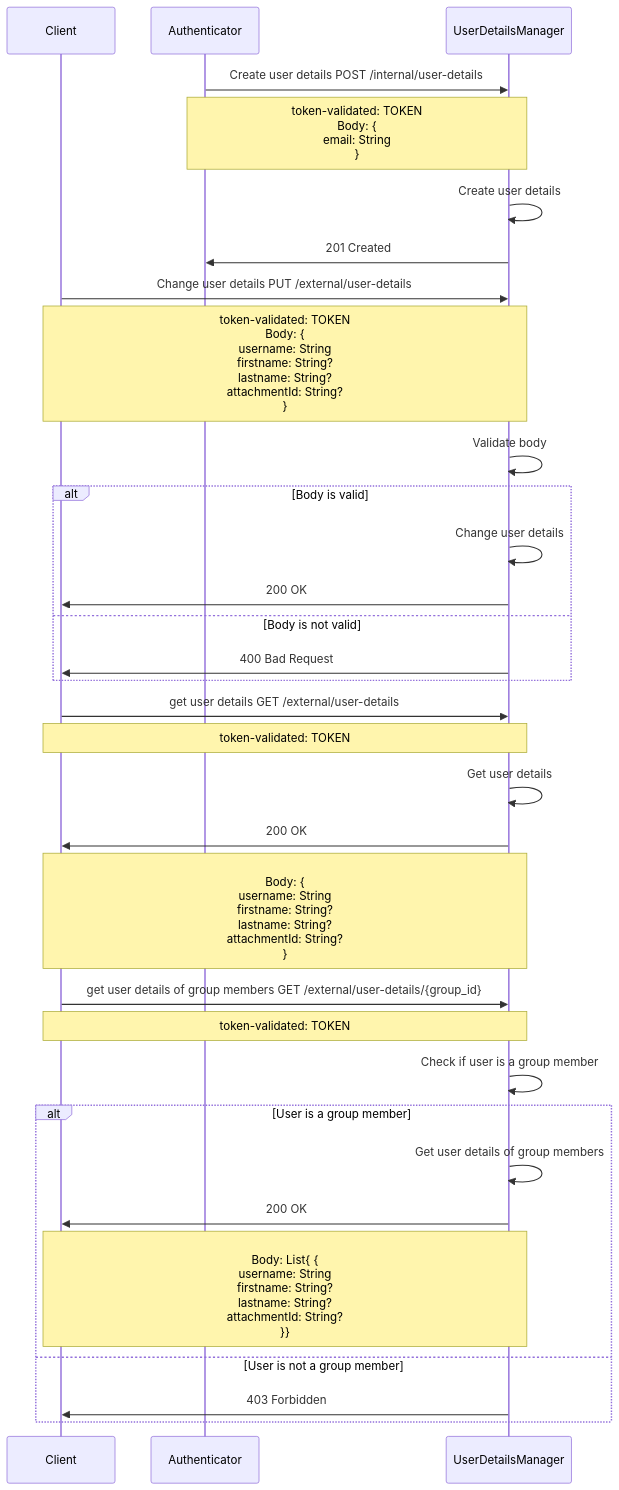
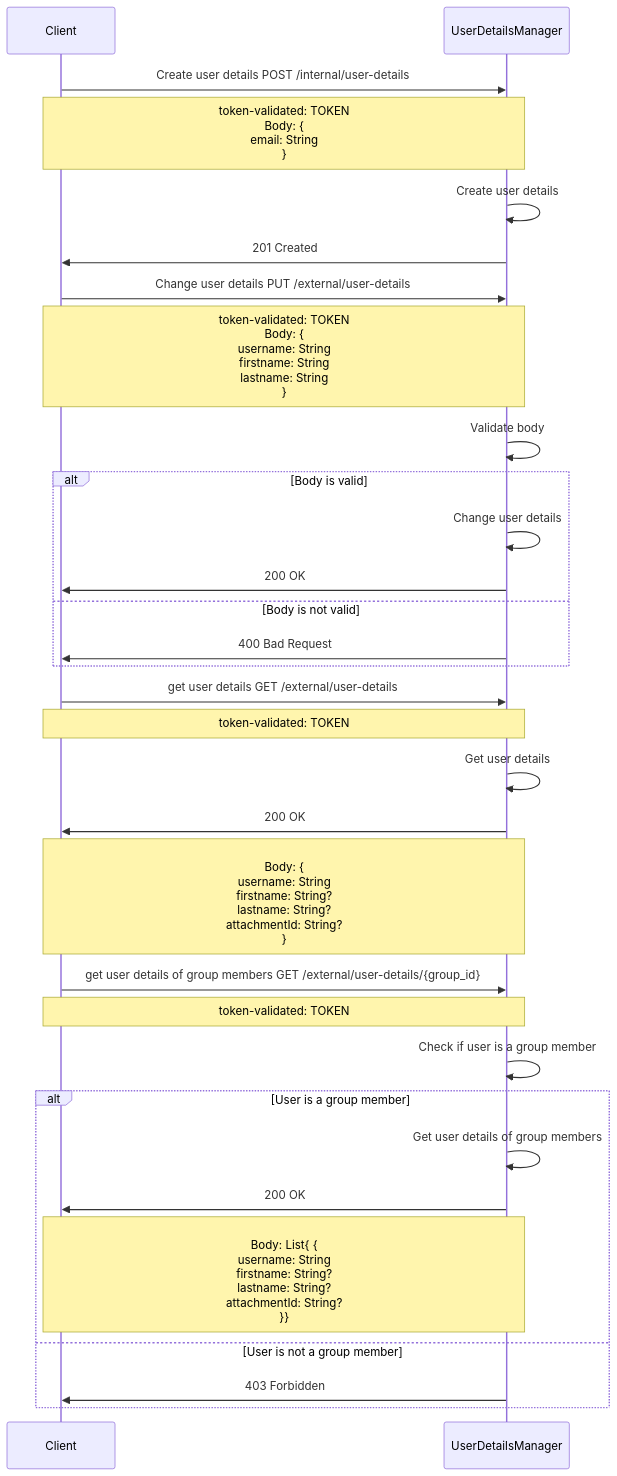
The fifth of 9 diagrams in docs/contracts.md (Group-Expense-Manager/gem-docs), drawn with Mermaid before and after one commit. The commit also changed other lines of this file and 2 other files, not shown here.

Commit message:
added Group Manager contract

````diff
--- a/docs/contracts.md
+++ b/docs/contracts.md
@@ -211,41 +212,40 @@
 ```mermaid
 sequenceDiagram
 
     participant Client
-    participant Authenticator
     participant UserDetailsManager
 
-    Authenticator->>UserDetailsManager: Create user details POST /internal/user-details
-    Note over Authenticator,UserDetailsManager: token-validated: TOKEN<br>Body: {<br>email: String <br>}
+    Client->>UserDetailsManager: Create user details POST /internal/user-details
+    Note over Client,UserDetailsManager: token-validated: TOKEN<br>Body: {<br>email: String <br>}
     UserDetailsManager->>UserDetailsManager: Create user details
-    UserDetailsManager->>Authenticator: 201 Created
+    UserDetailsManager->>Client: 201 Created
 
     Client->>UserDetailsManager: Change user details PUT /external/user-details
-    Note over Client,UserDetailsManager: token-validated: TOKEN<br> Body: {<br>username: String <br>firstname: String? <br>lastname: String? <br>attachmentId: String?<br>}
+    Note over Client,UserDetailsManager: token-validated: TOKEN<br> Body: {<br>username: String <br>firstname: String <br>lastname: String <br>}
     UserDetailsManager->>UserDetailsManager: Validate body
     alt Body is valid
         UserDetailsManager->>UserDetailsManager: Change user details
         UserDetailsManager->>Client: 200 OK
     else Body is not valid
         UserDetailsManager->>Client: 400 Bad Request
     end
 
 
     Client->>UserDetailsManager: get user details GET /external/user-details
     Note over Client,UserDetailsManager: token-validated: TOKEN
     UserDetailsManager->>UserDetailsManager: Get user details
     UserDetailsManager->>Client: 200 OK
     Note over Client,UserDetailsManager:<br> Body: {<br>username: String <br>firstname: String? <br>lastname: String? <br>attachmentId: String?<br>}
 
     Client->>UserDetailsManager: get user details of group members GET /external/user-details/{group_id}
     Note over Client,UserDetailsManager: token-validated: TOKEN
     UserDetailsManager->>UserDetailsManager: Check if user is a group member
     alt User is a group member
         UserDetailsManager->>UserDetailsManager: Get user details of group members
         UserDetailsManager->>Client: 200 OK
         Note over Client,UserDetailsManager:<br> Body: List{ {<br>username: String <br>firstname: String? <br>lastname: String? <br>attachmentId: String?<br>}}
     else User is not a group member
         UserDetailsManager->>Client: 403 Forbidden
     end
    
 ```
````
